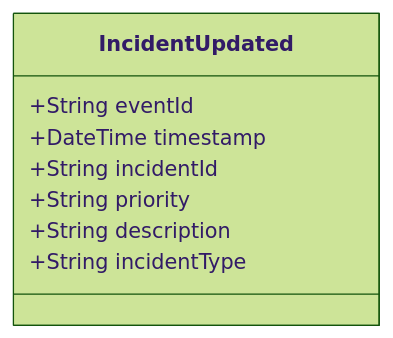
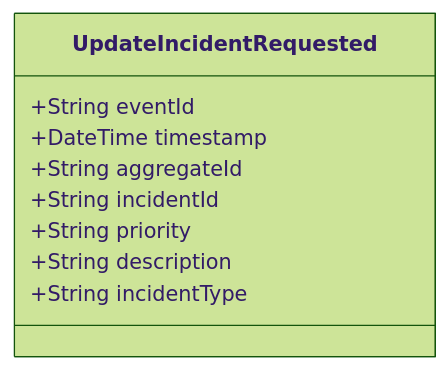
One commit to pgraff/police-system changed the diagram in doc/events/IncidentUpdated.md. Above: the diagram before and after it, drawn with Mermaid (forest theme). The commit also changed other lines of this file and 58 other files, not shown here.

````diff
--- a/doc/events/IncidentUpdated.md
+++ b/doc/events/IncidentUpdated.md
@@ -9,11 +9,12 @@
 ```mermaid
 classDiagram
-    class IncidentUpdated {
+    class UpdateIncidentRequested {
         +String eventId
         +DateTime timestamp
+        +String aggregateId
         +String incidentId
         +String priority
         +String description
         +String incidentType
     }
 ```
````
